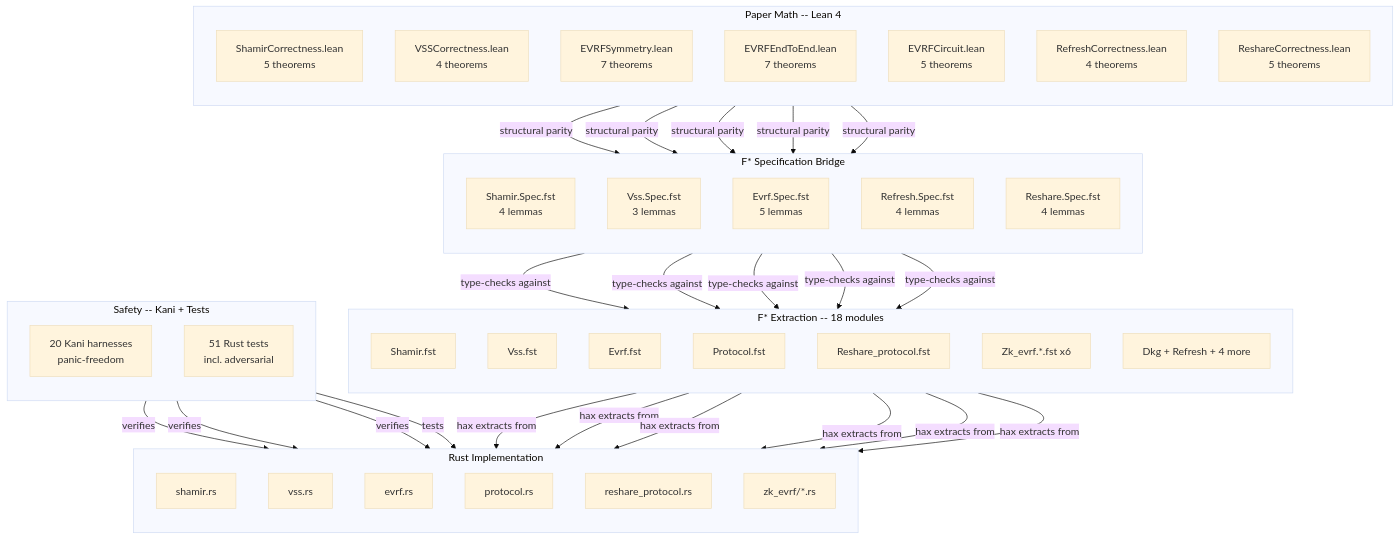
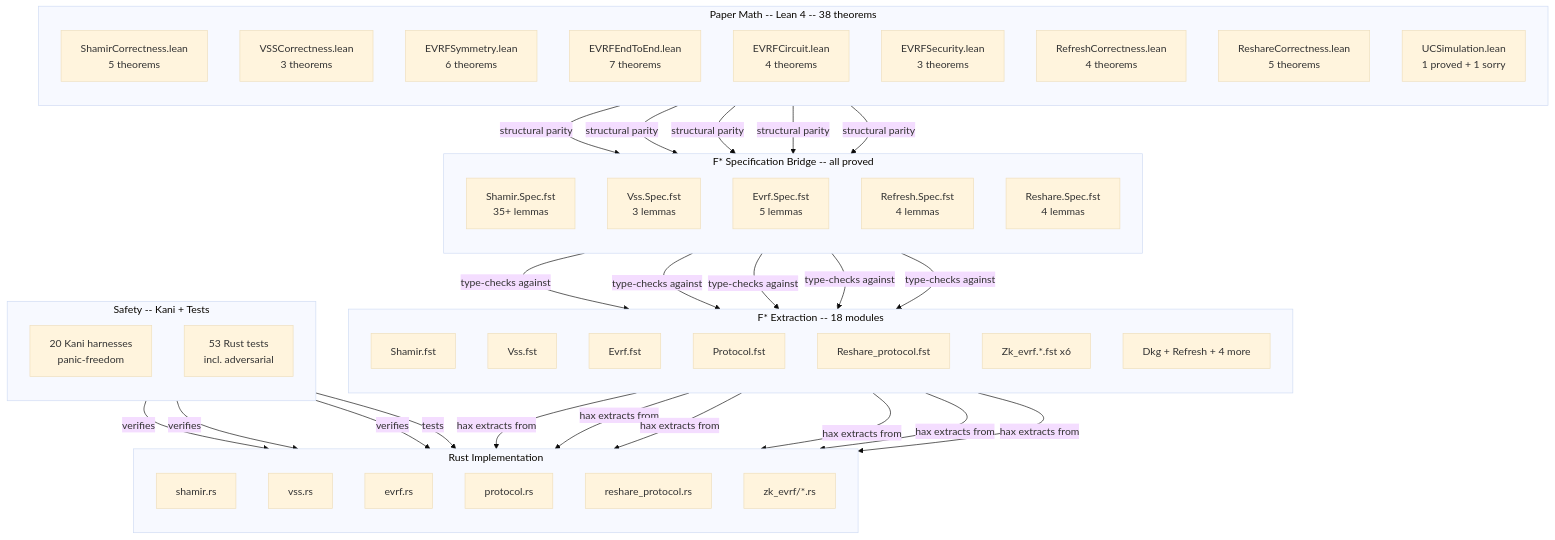
One commit to farazshaikh/golden-rs changed the diagram in formal_verification/README.md. Above: the diagram before and after it, drawn with Mermaid (base theme). The commit also changed other lines of this file, not shown here.

````diff
--- a/formal_verification/README.md
+++ b/formal_verification/README.md
@@ -7,73 +7,75 @@
 ```mermaid
 flowchart TB
-    subgraph paper [Paper Math -- Lean 4]
+    subgraph paper [Paper Math -- Lean 4 -- 38 theorems]
         direction TB
         SHAMIR["ShamirCorrectness.lean\n5 theorems"]
-        VSS_L["VSSCorrectness.lean\n4 theorems"]
-        EVRF_SYM["EVRFSymmetry.lean\n7 theorems"]
+        VSS_L["VSSCorrectness.lean\n3 theorems"]
+        EVRF_SYM["EVRFSymmetry.lean\n6 theorems"]
         EVRF_E2E["EVRFEndToEnd.lean\n7 theorems"]
-        EVRF_CIR["EVRFCircuit.lean\n5 theorems"]
+        EVRF_CIR["EVRFCircuit.lean\n4 theorems"]
+        EVRF_SEC["EVRFSecurity.lean\n3 theorems"]
         REFRESH_L["RefreshCorrectness.lean\n4 theorems"]
         RESHARE_L["ReshareCorrectness.lean\n5 theorems"]
+        UC_L["UCSimulation.lean\n1 proved + 1 sorry"]
     end
 
-    subgraph specs [F* Specification Bridge]
+    subgraph specs [F* Specification Bridge -- all proved]
         direction TB
-        SH_SPEC["Shamir.Spec.fst\n4 lemmas"]
+        SH_SPEC["Shamir.Spec.fst\n35+ lemmas"]
         VSS_SPEC["Vss.Spec.fst\n3 lemmas"]
         EVRF_SPEC["Evrf.Spec.fst\n5 lemmas"]
         REFRESH_SPEC["Refresh.Spec.fst\n4 lemmas"]
         RESHARE_SPEC["Reshare.Spec.fst\n4 lemmas"]
     end
 
     subgraph extraction [F* Extraction -- 18 modules]
         direction TB
         SH_EXT["Shamir.fst"]
         VSS_EXT["Vss.fst"]
         EVRF_EXT["Evrf.fst"]
         PROTO_EXT["Protocol.fst"]
         RESHARE_EXT["Reshare_protocol.fst"]
         ZK_EXT["Zk_evrf.*.fst x6"]
         OTHER_EXT["Dkg + Refresh + 4 more"]
     end
 
     subgraph rust [Rust Implementation]
         direction TB
         SHAMIR_RS["shamir.rs"]
         VSS_RS["vss.rs"]
         EVRF_RS["evrf.rs"]
         PROTO_RS["protocol.rs"]
         RESHARE_RS["reshare_protocol.rs"]
         ZK_RS["zk_evrf/*.rs"]
     end
 
     subgraph safety [Safety -- Kani + Tests]
         direction TB
         KANI["20 Kani harnesses\npanic-freedom"]
-        TESTS["51 Rust tests\nincl. adversarial"]
+        TESTS["53 Rust tests\nincl. adversarial"]
     end
 
     SHAMIR -->|"structural parity"| SH_SPEC
     VSS_L -->|"structural parity"| VSS_SPEC
     EVRF_SYM -->|"structural parity"| EVRF_SPEC
     REFRESH_L -->|"structural parity"| REFRESH_SPEC
     RESHARE_L -->|"structural parity"| RESHARE_SPEC
 
     SH_SPEC -->|"type-checks against"| SH_EXT
     VSS_SPEC -->|"type-checks against"| VSS_EXT
     EVRF_SPEC -->|"type-checks against"| EVRF_EXT
     REFRESH_SPEC -->|"type-checks against"| PROTO_EXT
     RESHARE_SPEC -->|"type-checks against"| RESHARE_EXT
 
     SH_EXT -->|"hax extracts from"| SHAMIR_RS
     VSS_EXT -->|"hax extracts from"| VSS_RS
     EVRF_EXT -->|"hax extracts from"| EVRF_RS
     PROTO_EXT -->|"hax extracts from"| PROTO_RS
     RESHARE_EXT -->|"hax extracts from"| RESHARE_RS
     ZK_EXT -->|"hax extracts from"| ZK_RS
 
     KANI -->|"verifies"| SHAMIR_RS
     KANI -->|"verifies"| VSS_RS
     KANI -->|"verifies"| EVRF_RS
     TESTS -->|"tests"| PROTO_RS
 ```
````
